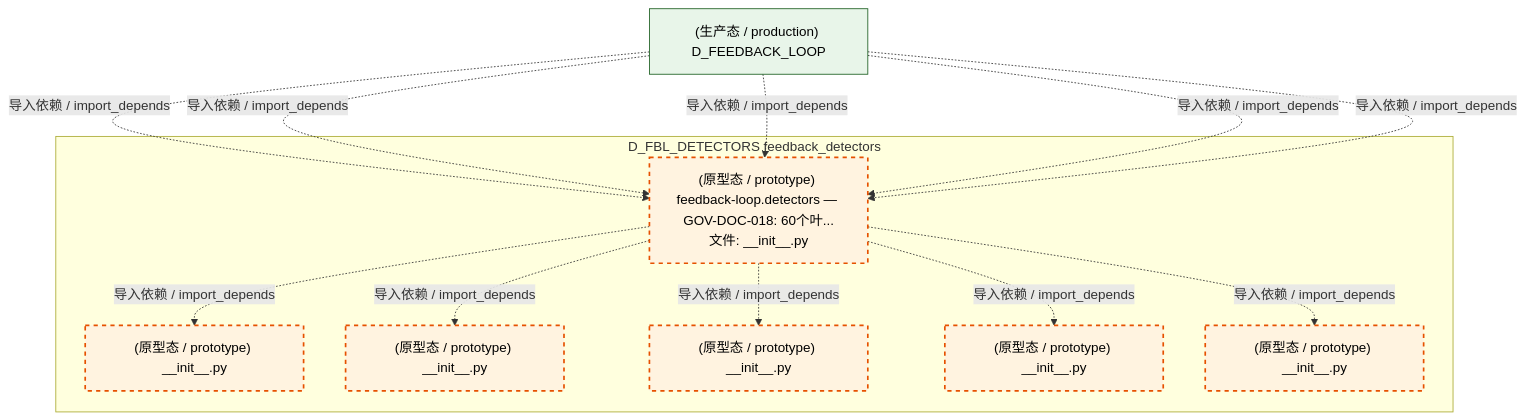
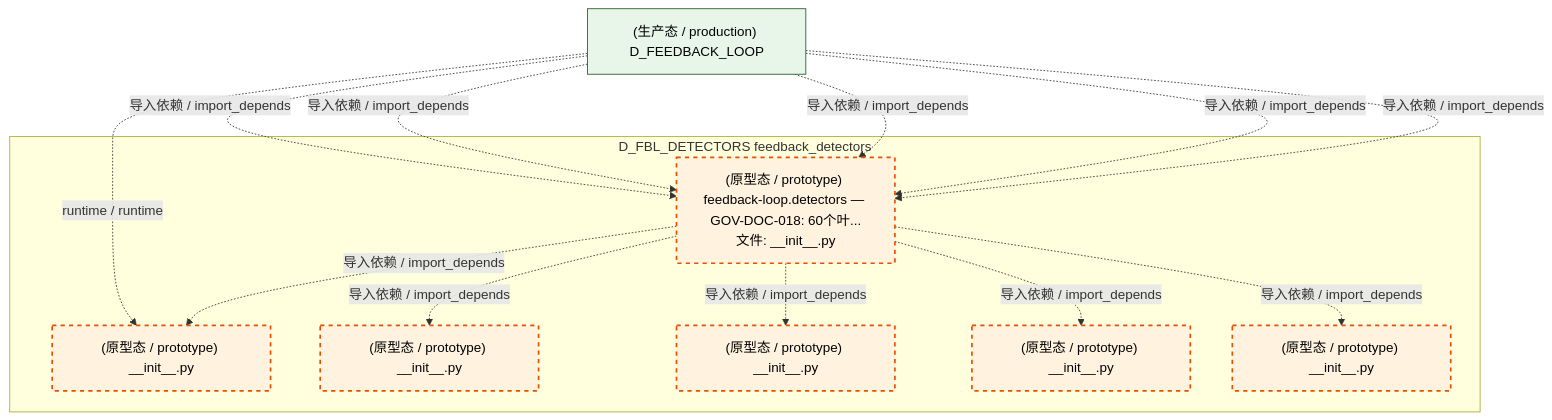
Before and after one commit to xuanFelixVan/ZephyrAlpha: the fifth of 6 diagrams in docs/02_enterprise_architecture/02_domain_architecture_docs/11_d_fbl_detectors.md, drawn with Mermaid. The commit also changed other lines of this file and 126 other files, not shown here.

````diff
--- a/docs/02_enterprise_architecture/02_domain_architecture_docs/11_d_fbl_detectors.md
+++ b/docs/02_enterprise_architecture/02_domain_architecture_docs/11_d_fbl_detectors.md
@@ -401,28 +401,29 @@
 ```mermaid
 graph TD
     subgraph D_FBL_DETECTORS["D_FBL_DETECTORS feedback_detectors"]
         src_zephyr_feedback_loop_detectors_init_py["(原型态 / prototype) feedback-loop.detectors — GOV-DOC-018: 60个叶...<br/>文件: __init__.py"]
         src_zephyr_feedback_loop_detectors_anomaly_init_py["(原型态 / prototype) __init__.py"]
         src_zephyr_feedback_loop_detectors_correlation_init_py["(原型态 / prototype) __init__.py"]
         src_zephyr_feedback_loop_detectors_drift_init_py["(原型态 / prototype) __init__.py"]
         src_zephyr_feedback_loop_detectors_guard_init_py["(原型态 / prototype) __init__.py"]
         src_zephyr_feedback_loop_detectors_reliability_init_py["(原型态 / prototype) __init__.py"]
     end
     src_zephyr_feedback_loop_detectors_init_py -.->|导入依赖 / import_depends| src_zephyr_feedback_loop_detectors_anomaly_init_py
     src_zephyr_feedback_loop_detectors_init_py -.->|导入依赖 / import_depends| src_zephyr_feedback_loop_detectors_correlation_init_py
     src_zephyr_feedback_loop_detectors_init_py -.->|导入依赖 / import_depends| src_zephyr_feedback_loop_detectors_drift_init_py
     src_zephyr_feedback_loop_detectors_init_py -.->|导入依赖 / import_depends| src_zephyr_feedback_loop_detectors_guard_init_py
     src_zephyr_feedback_loop_detectors_init_py -.->|导入依赖 / import_depends| src_zephyr_feedback_loop_detectors_reliability_init_py
     D_FEEDBACK_LOOP["(生产态 / production) D_FEEDBACK_LOOP"]
     D_FEEDBACK_LOOP -.->|导入依赖 / import_depends| src_zephyr_feedback_loop_detectors_init_py
     D_FEEDBACK_LOOP -.->|导入依赖 / import_depends| src_zephyr_feedback_loop_detectors_init_py
     D_FEEDBACK_LOOP -.->|导入依赖 / import_depends| src_zephyr_feedback_loop_detectors_init_py
     D_FEEDBACK_LOOP -.->|导入依赖 / import_depends| src_zephyr_feedback_loop_detectors_init_py
     D_FEEDBACK_LOOP -.->|导入依赖 / import_depends| src_zephyr_feedback_loop_detectors_init_py
+    D_FEEDBACK_LOOP -.->|runtime / runtime| src_zephyr_feedback_loop_detectors_anomaly_init_py
     classDef production fill:#e1f5fe,stroke:#01579b,stroke-width:2px,color:#000
     classDef design fill:#fff3e0,stroke:#e65100,stroke-width:2px,color:#000,stroke-dasharray: 5 5
     classDef external_prod fill:#e8f5e9,stroke:#1b5e20,stroke-width:1px,color:#000
     classDef external_design fill:#fce4ec,stroke:#880e4f,stroke-width:1px,color:#000,stroke-dasharray: 5 5
     class src_zephyr_feedback_loop_detectors_init_py,src_zephyr_feedback_loop_detectors_anomaly_init_py,src_zephyr_feedback_loop_detectors_correlation_init_py,src_zephyr_feedback_loop_detectors_drift_init_py,src_zephyr_feedback_loop_detectors_guard_init_py,src_zephyr_feedback_loop_detectors_reliability_init_py design
     class D_FEEDBACK_LOOP external_prod
 ```
````
